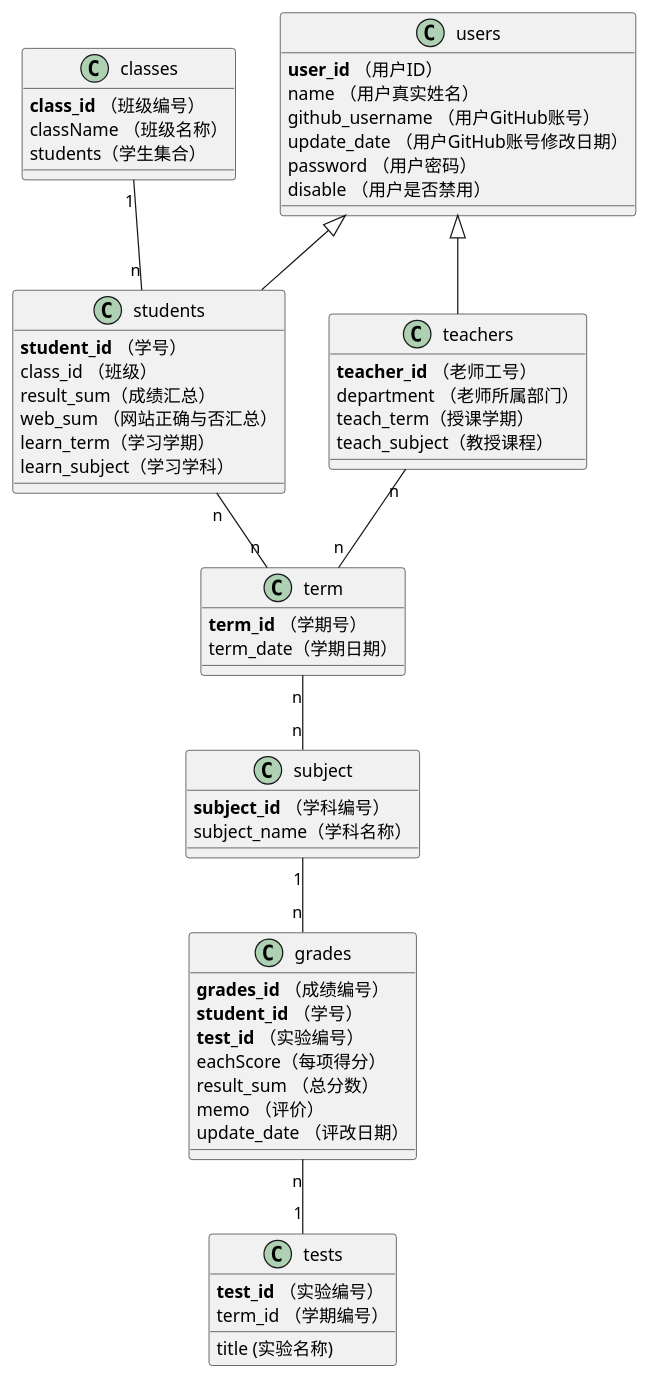
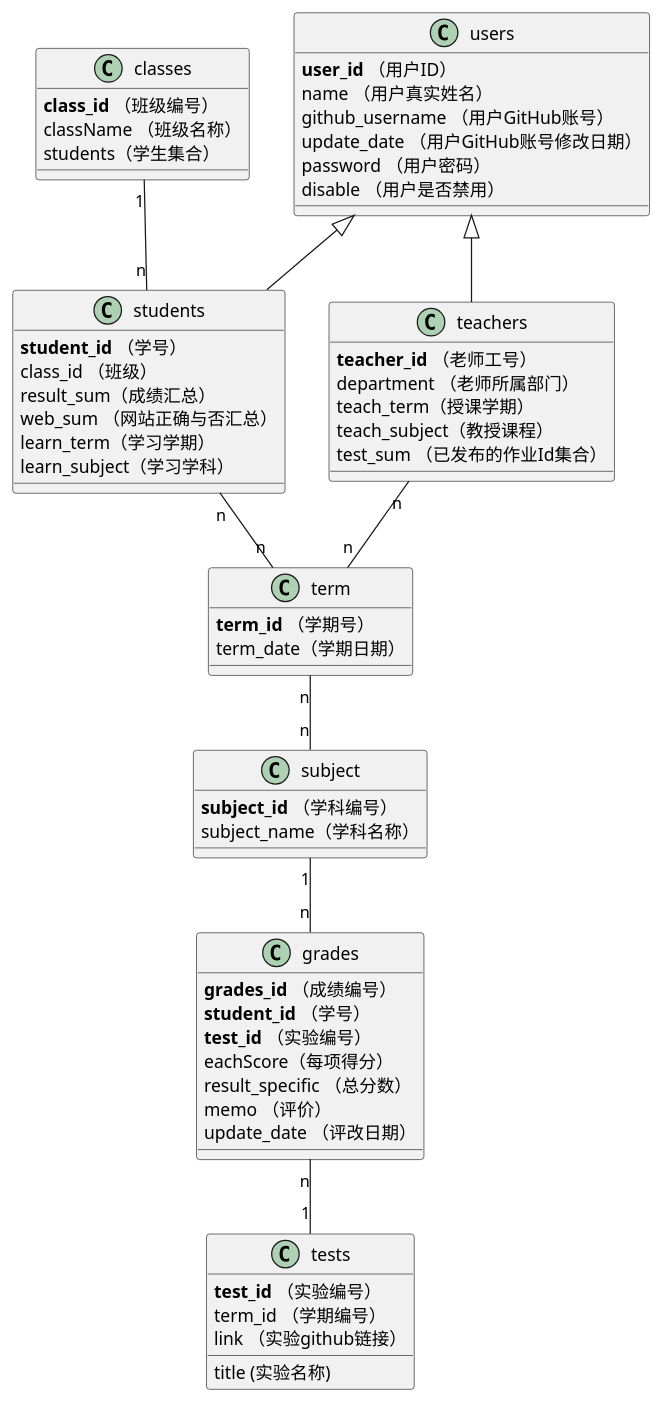
Before and after one commit to JasonChenhx/is_analysis-7: the diagram in test6/src/class.puml, drawn with PlantUML. The commit also changed 28 other files, not shown here.

```diff
--- a/test6/src/class.puml
+++ b/test6/src/class.puml
@@ -1,61 +1,63 @@
 @startuml
 class users {
     <b>user_id</b> （用户ID）
     name （用户真实姓名）
     github_username （用户GitHub账号）
     update_date （用户GitHub账号修改日期）
     password （用户密码）
     disable （用户是否禁用）
 }
 class teachers{
     <b>teacher_id</b> （老师工号）
     department （老师所属部门）
     teach_term（授课学期）
     teach_subject（教授课程）
+    test_sum （已发布的作业Id集合）
 }
 class students{
     <b>student_id</b> （学号）
     class_id （班级）
     result_sum（成绩汇总）
     web_sum （网站正确与否汇总）
     learn_term（学习学期）
     learn_subject（学习学科）
 }
 class classes{
     <b>class_id</b> （班级编号）
     className （班级名称）
     students（学生集合）
     
 }
 users <|- students
 users <|-- teachers
 classes "1" -- "n" students
 class term{
     <b>term_id</b> （学期号）
     term_date（学期日期）
 }
 class subject{
     <b>subject_id</b> （学科编号）
     subject_name（学科名称）
 }
 class grades {
 	<b>grades_id</b> （成绩编号）
     <b>student_id</b> （学号）
     <b>test_id</b> （实验编号）
     eachScore（每项得分）
-    result_sum （总分数）
+    result_specific （总分数）
     memo （评价）
     update_date （评改日期）
 }
 
 class tests {
     <b>test_id</b> （实验编号）
     title (实验名称)
     term_id （学期编号）
+    link （实验github链接）
 }
 students "n" -- "n"term
 teachers "n" -- "n" term
 term "n" -- "n" subject
 subject "1" -- "n" grades
 grades "n" -- "1" tests
 @enduml
```
